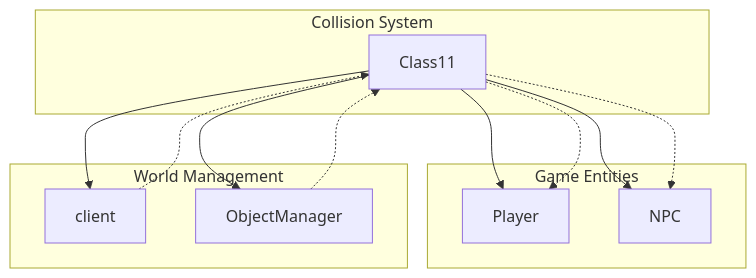
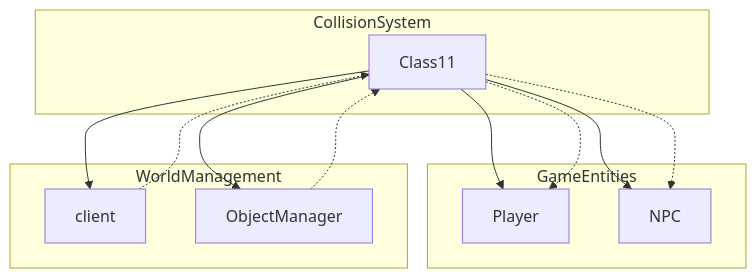
Before and after one commit to daxxog/solmud: the diagram in bytecode/mapping/evidence/verified/Class11_OZKFTHAD.md, drawn with Mermaid. The commit also changed 10 other files, not shown here.

````diff
--- a/bytecode/mapping/evidence/verified/Class11_OZKFTHAD.md
+++ b/bytecode/mapping/evidence/verified/Class11_OZKFTHAD.md
@@ -18,26 +18,26 @@
 ```mermaid
 graph TD
     Class11 --> client[client]
     Class11 --> ObjectManager[ObjectManager]
     Class11 --> Player[Player]
     Class11 --> NPC[NPC]
 
-    subgraph "Collision System"
+    subgraph CollisionSystem
         Class11
     end
 
-    subgraph "Game Entities"
+    subgraph GameEntities
         Player
         NPC
     end
 
-    subgraph "World Management"
+    subgraph WorldManagement
         client
         ObjectManager
     end
 
     client -.-> Class11
     ObjectManager -.-> Class11
     Class11 -.-> Player
     Class11 -.-> NPC
 ```
````
